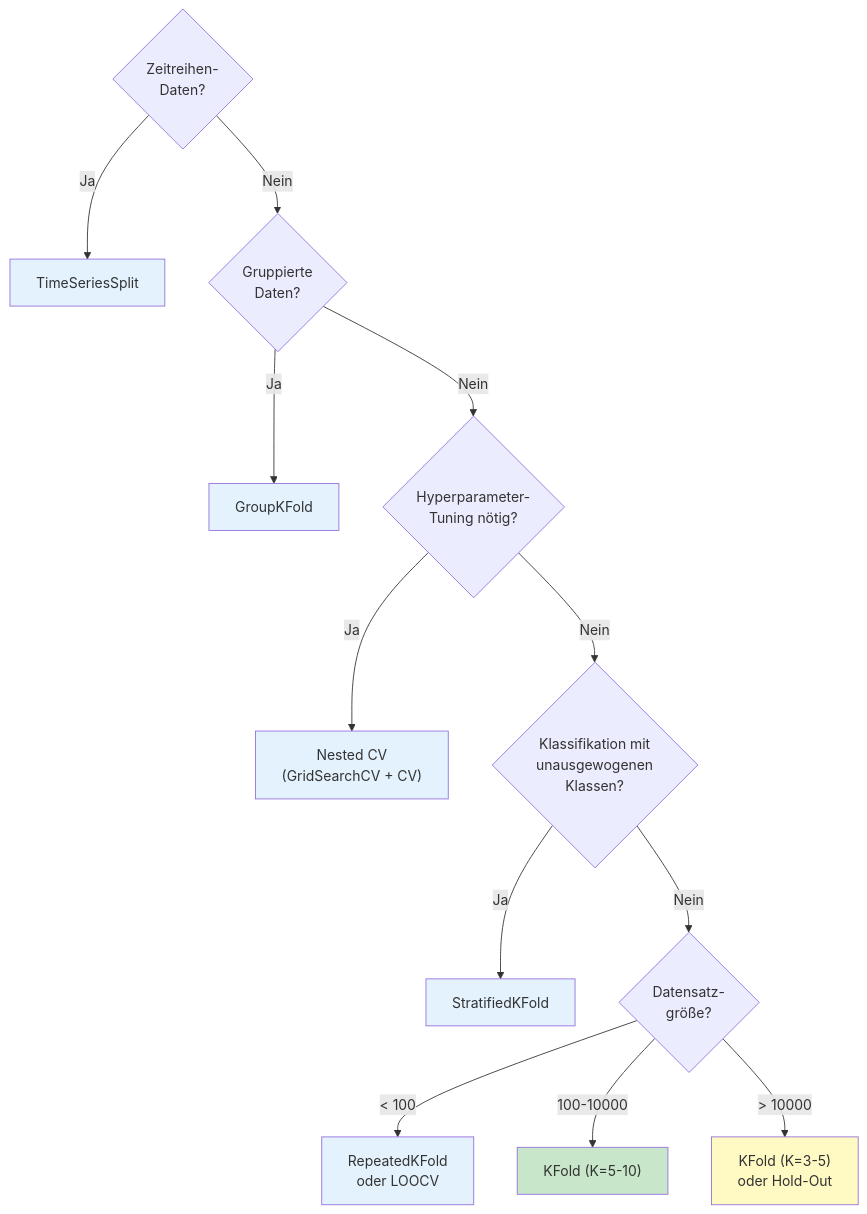
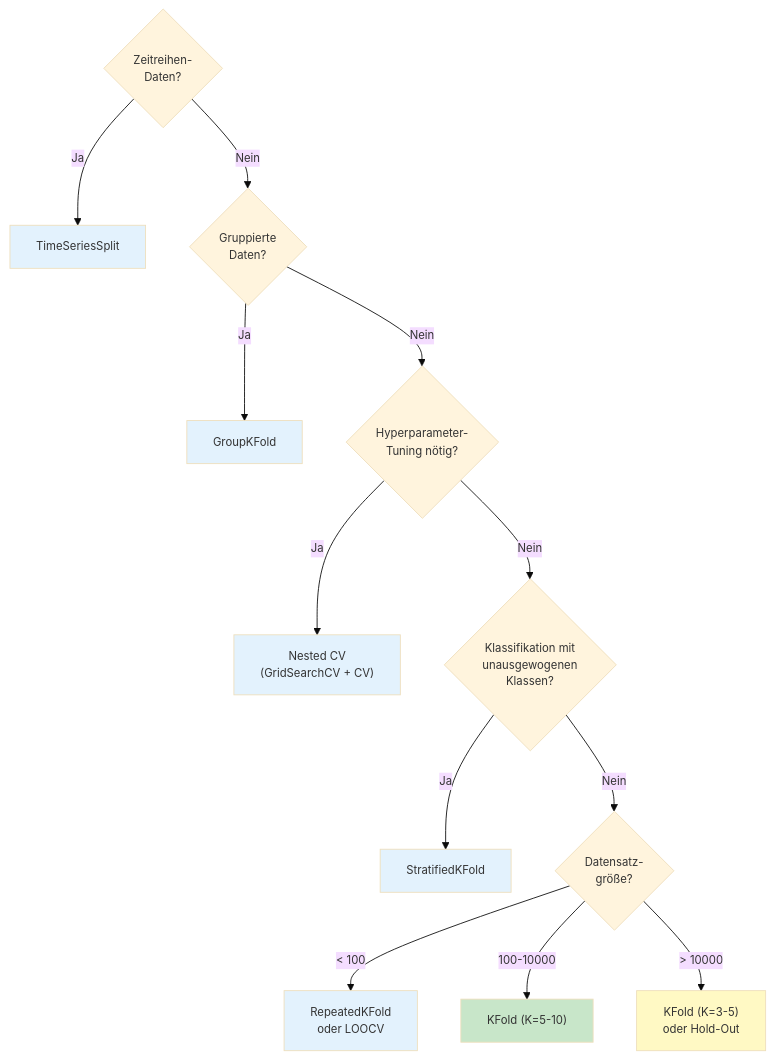
The ninth of 9 diagrams in docs/concepts/evaluate/cross_validation.md (ralf-42/ML_Intro), drawn with Mermaid before and after one commit. The commit also changed other lines of this file and 24 other files, not shown here.

````diff
--- a/docs/concepts/evaluate/cross_validation.md
+++ b/docs/concepts/evaluate/cross_validation.md
@@ -697,27 +719,30 @@
 ```mermaid
+
+%%{init: {'theme': 'base', 'themeVariables': {'fontSize': '13px'}}}%%
+
 flowchart TB
     Q1{Zeitreihen-<br/>Daten?}
     Q1 -->|Ja| A1["TimeSeriesSplit"]
     Q1 -->|Nein| Q2{Gruppierte<br/>Daten?}
     
     Q2 -->|Ja| A2["GroupKFold"]
     Q2 -->|Nein| Q3{Hyperparameter-<br/>Tuning nötig?}
     
     Q3 -->|Ja| A3["Nested CV<br/>(GridSearchCV + CV)"]
     Q3 -->|Nein| Q4{Klassifikation mit<br/>unausgewogenen<br/>Klassen?}
     
     Q4 -->|Ja| A4["StratifiedKFold"]
     Q4 -->|Nein| Q5{Datensatz-<br/>größe?}
     
     Q5 -->|"< 100"| A5["RepeatedKFold<br/>oder LOOCV"]
     Q5 -->|"100-10000"| A6["KFold (K=5-10)"]
     Q5 -->|"> 10000"| A7["KFold (K=3-5)<br/>oder Hold-Out"]
     
     style A1 fill:#e3f2fd
     style A2 fill:#e3f2fd
     style A3 fill:#e3f2fd
     style A4 fill:#e3f2fd
     style A5 fill:#e3f2fd
     style A6 fill:#c8e6c9
     style A7 fill:#fff9c4
 ```
````
